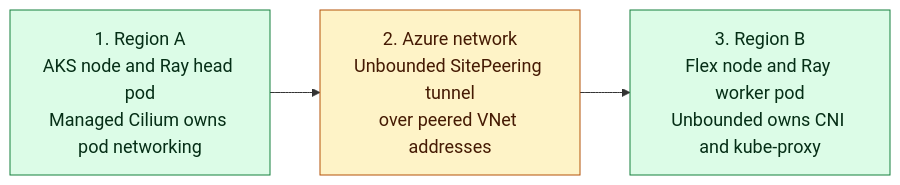
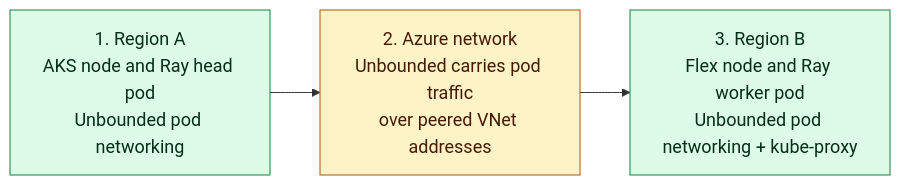
The diagram in docs/ai-workloads-on-aks/module-03-flex-node.mdx (KenKilty/aks-flex-anyscale-lab), drawn with Mermaid before and after one commit. The commit also changed other lines of this file and 45 other files, not shown here.

First line of the commit message:
Add mixed-CNI Unbounded lab validation and rewrite student guide

````diff
--- a/docs/ai-workloads-on-aks/module-03-flex-node.mdx
+++ b/docs/ai-workloads-on-aks/module-03-flex-node.mdx
@@ -43,13 +39,13 @@
 ```mermaid
 flowchart LR
-  aks["1. Region A<br/>AKS node and Ray head pod<br/>Managed Cilium owns pod networking"]
-  network["2. Azure network<br/>Unbounded SitePeering tunnel<br/>over peered VNet addresses"]
-  flex["3. Region B<br/>Flex node and Ray worker pod<br/>Unbounded owns CNI and kube-proxy"]
+  aks["1. Region A<br/>AKS node and Ray head pod<br/>Unbounded pod networking"]
+  network["2. Azure network<br/>Unbounded carries pod traffic<br/>over peered VNet addresses"]
+  flex["3. Region B<br/>Flex node and Ray worker pod<br/>Unbounded pod networking + kube-proxy"]
 
   aks --> network --> flex
 
   classDef endpoint fill:#dcfce7,stroke:#15803d,color:#052e16,font-size:18px
   classDef network fill:#fef3c7,stroke:#b45309,color:#451a03,font-size:18px
   class aks,flex endpoint
   class network network
 ```
````
